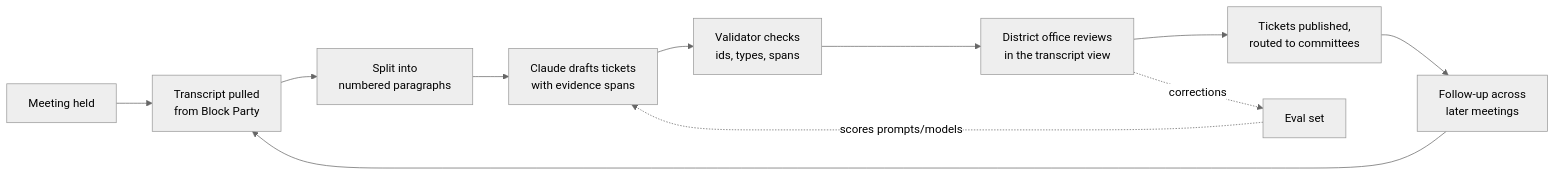
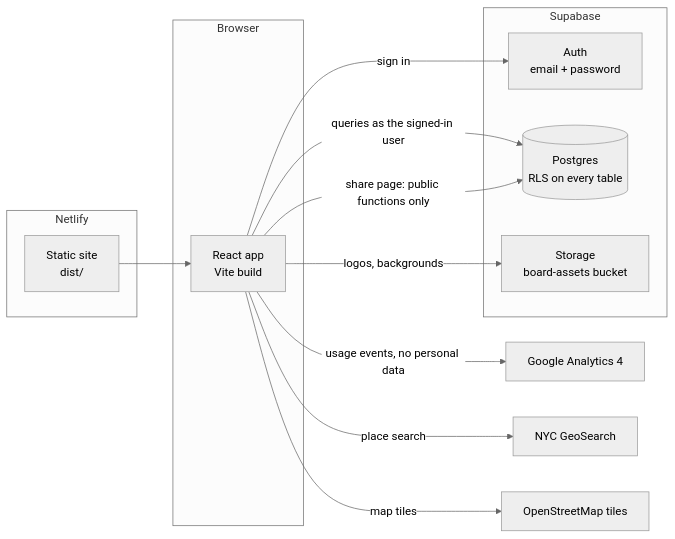
One commit to rachichi/loopback changed the diagram in docs/architecture.md. Above: the diagram before and after it, drawn with Mermaid (neutral theme). The commit also changed other lines of this file and 17 other files, not shown here.

First line of the commit message:
Replace the metrics strip with Google Analytics usage tracking; rewrite the docs

````diff
--- a/docs/architecture.md
+++ b/docs/architecture.md
@@ -24,13 +7,26 @@
 ```mermaid
 flowchart LR
-	A[Meeting held] --> B[Transcript pulled<br/>from Block Party]
-	B --> C[Split into<br/>numbered paragraphs]
-	C --> D[Claude drafts tickets<br/>with evidence spans]
-	D --> E[Validator checks<br/>ids, types, spans]
-	E --> F[District office reviews<br/>in the transcript view]
-	F --> G[Tickets published,<br/>routed to committees]
-	G --> H[Follow-up across<br/>later meetings]
-	H --> B
-	F -. corrections .-> I[Eval set]
-	I -. scores prompts/models .-> D
+  subgraph Browser
+    App[React app<br/>Vite build]
+  end
+  subgraph Netlify
+    Static[Static site<br/>dist/]
+  end
+  subgraph Supabase
+    Auth[Auth<br/>email + password]
+    PG[(Postgres<br/>RLS on every table)]
+    Storage[Storage<br/>board-assets bucket]
+  end
+  GA[Google Analytics 4]
+  GeoSearch[NYC GeoSearch]
+  OSM[OpenStreetMap tiles]
+
+  Static --> App
+  App -- sign in --> Auth
+  App -- queries as the signed-in user --> PG
+  App -- share page: public functions only --> PG
+  App -- logos, backgrounds --> Storage
+  App -- usage events, no personal data --> GA
+  App -- place search --> GeoSearch
+  App -- map tiles --> OSM
 ```
````
